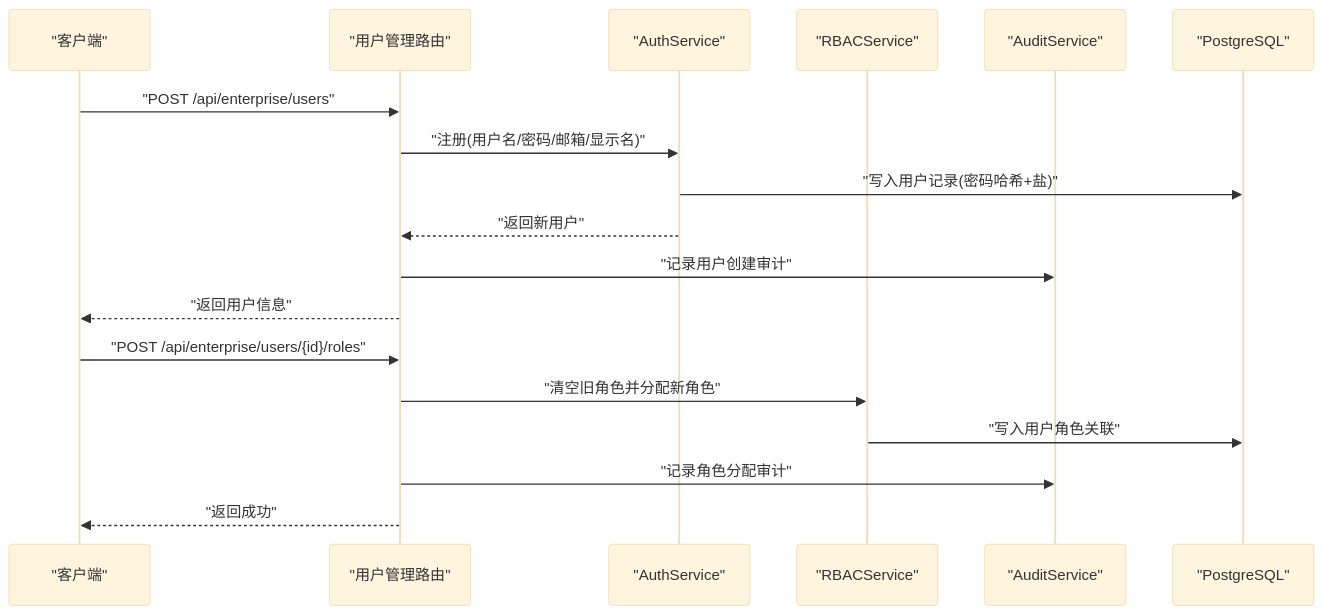
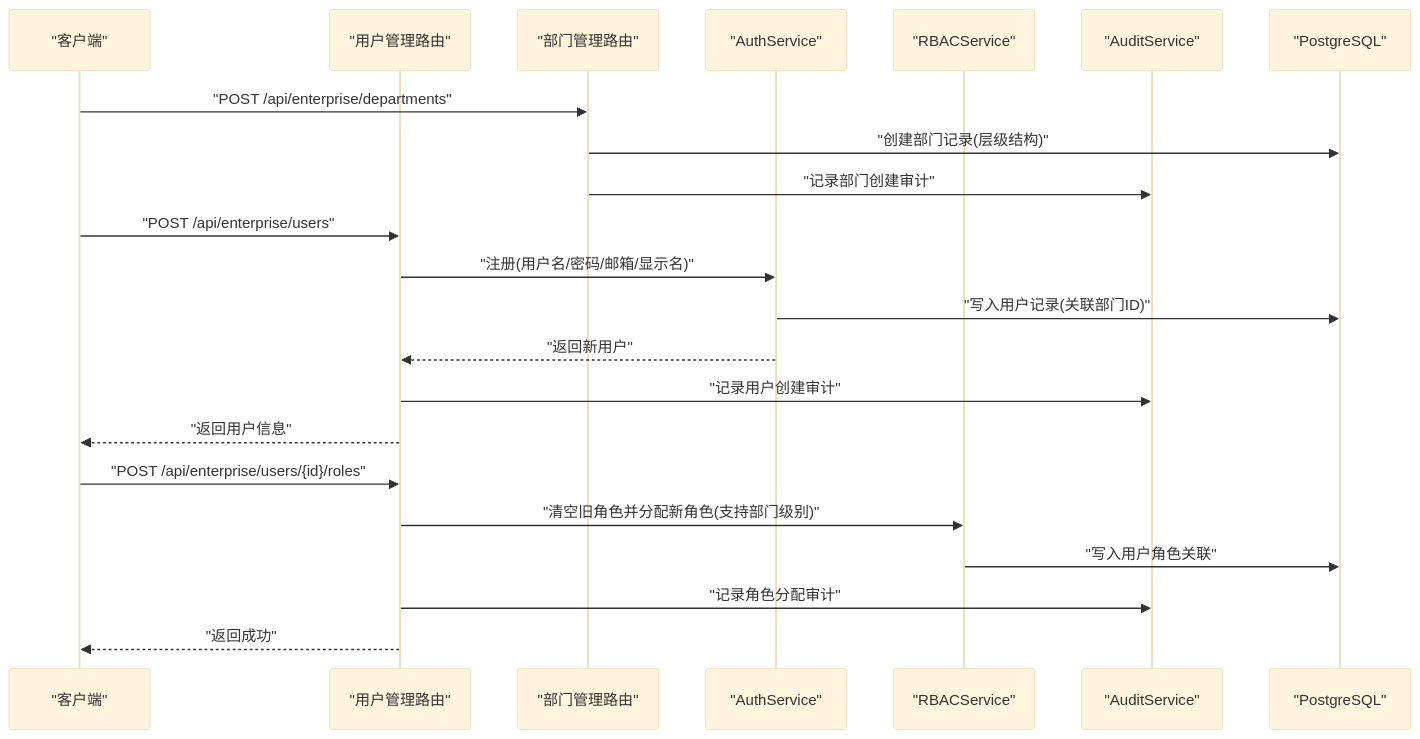
One commit to joezxh/CoPaw changed the second of 9 diagrams in .qoder/repowiki/zh/content/企业功能/用户管理.md. Above: the diagram before and after it, drawn with Mermaid (base theme). The commit also changed other lines of this file and 20 other files, not shown here.

````diff
--- a/.qoder/repowiki/zh/content/企业功能/用户管理.md
+++ b/.qoder/repowiki/zh/content/企业功能/用户管理.md
@@ -117,20 +142,24 @@
 ```mermaid
 sequenceDiagram
 participant 客户端 as "客户端"
 participant 路由 as "用户管理路由"
+participant 部门路由 as "部门管理路由"
 participant 认证服务 as "AuthService"
 participant RBAC服务 as "RBACService"
 participant 审计服务 as "AuditService"
 participant 数据库 as "PostgreSQL"
+客户端->>部门路由 : "POST /api/enterprise/departments"
+部门路由->>数据库 : "创建部门记录(层级结构)"
+部门路由->>审计服务 : "记录部门创建审计"
 客户端->>路由 : "POST /api/enterprise/users"
 路由->>认证服务 : "注册(用户名/密码/邮箱/显示名)"
-认证服务->>数据库 : "写入用户记录(密码哈希+盐)"
+认证服务->>数据库 : "写入用户记录(关联部门ID)"
 认证服务-->>路由 : "返回新用户"
 路由->>审计服务 : "记录用户创建审计"
 路由-->>客户端 : "返回用户信息"
 客户端->>路由 : "POST /api/enterprise/users/{id}/roles"
-路由->>RBAC服务 : "清空旧角色并分配新角色"
+路由->>RBAC服务 : "清空旧角色并分配新角色(支持部门级别)"
 RBAC服务->>数据库 : "写入用户角色关联"
 路由->>审计服务 : "记录角色分配审计"
 路由-->>客户端 : "返回成功"
 ```
````
